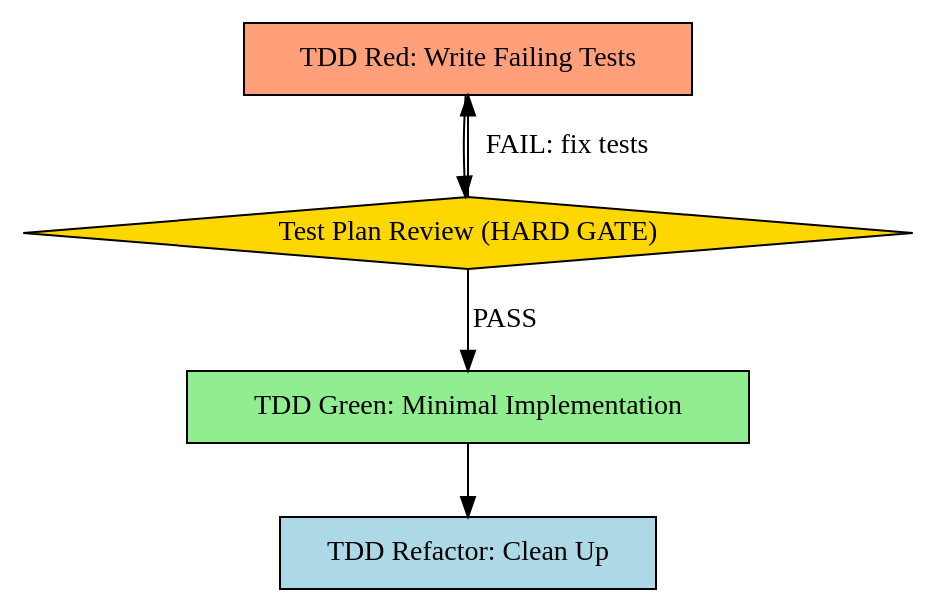
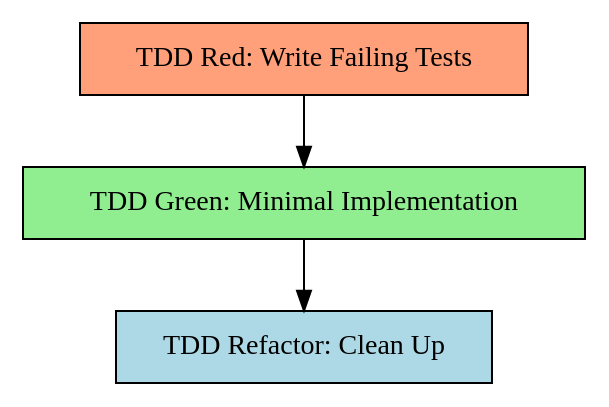
The diagram in skills/long-task-tdd/SKILL.md (RexHeap/longtaskforagent), drawn with Graphviz before and after one commit. The commit also changed other lines of this file and 17 other files, not shown here.

````diff
--- a/skills/long-task-tdd/SKILL.md
+++ b/skills/long-task-tdd/SKILL.md
@@ -26,13 +26,10 @@
 ```dot
 digraph tdd {
     "TDD Red: Write Failing Tests" [shape=box style=filled fillcolor=lightsalmon];
-    "Test Plan Review (HARD GATE)" [shape=diamond style=filled fillcolor=gold];
     "TDD Green: Minimal Implementation" [shape=box style=filled fillcolor=lightgreen];
     "TDD Refactor: Clean Up" [shape=box style=filled fillcolor=lightblue];
 
-    "TDD Red: Write Failing Tests" -> "Test Plan Review (HARD GATE)";
-    "Test Plan Review (HARD GATE)" -> "TDD Green: Minimal Implementation" [label="PASS"];
-    "Test Plan Review (HARD GATE)" -> "TDD Red: Write Failing Tests" [label="FAIL: fix tests"];
+    "TDD Red: Write Failing Tests" -> "TDD Green: Minimal Implementation";
     "TDD Green: Minimal Implementation" -> "TDD Refactor: Clean Up";
 }
 ```
````
